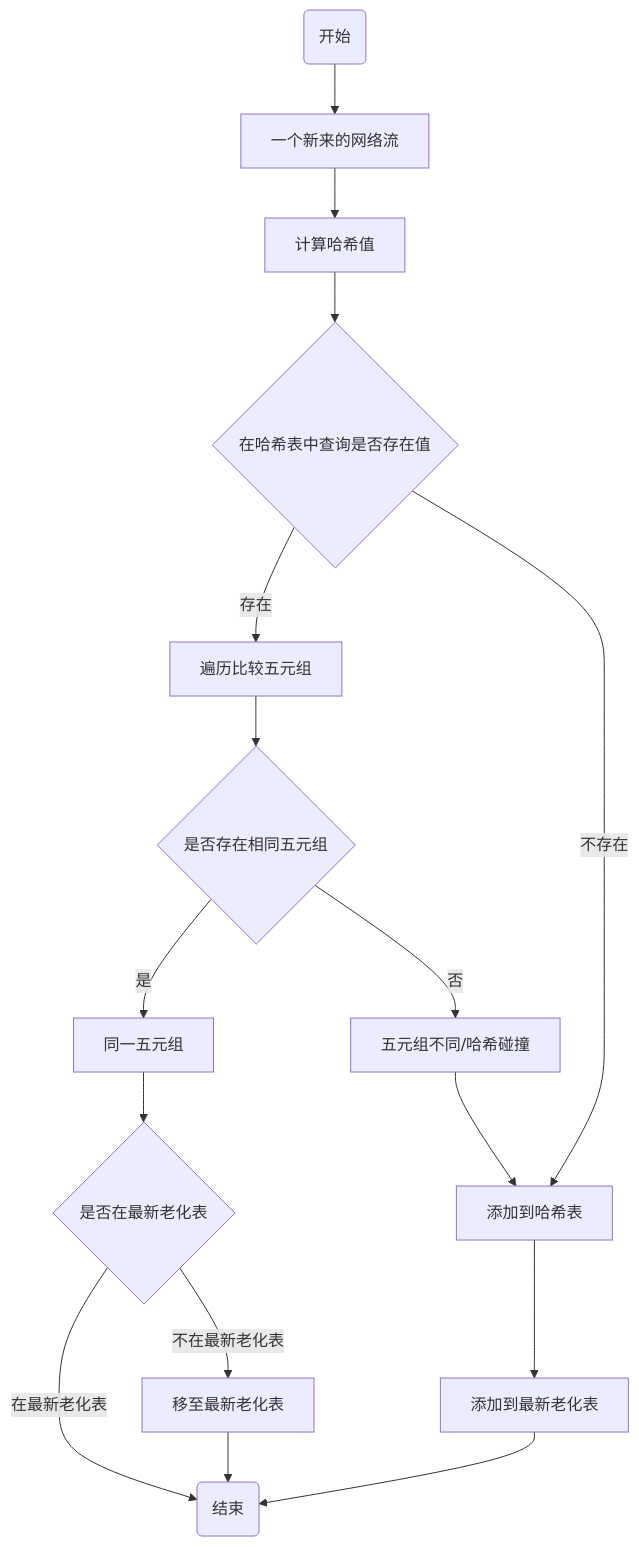
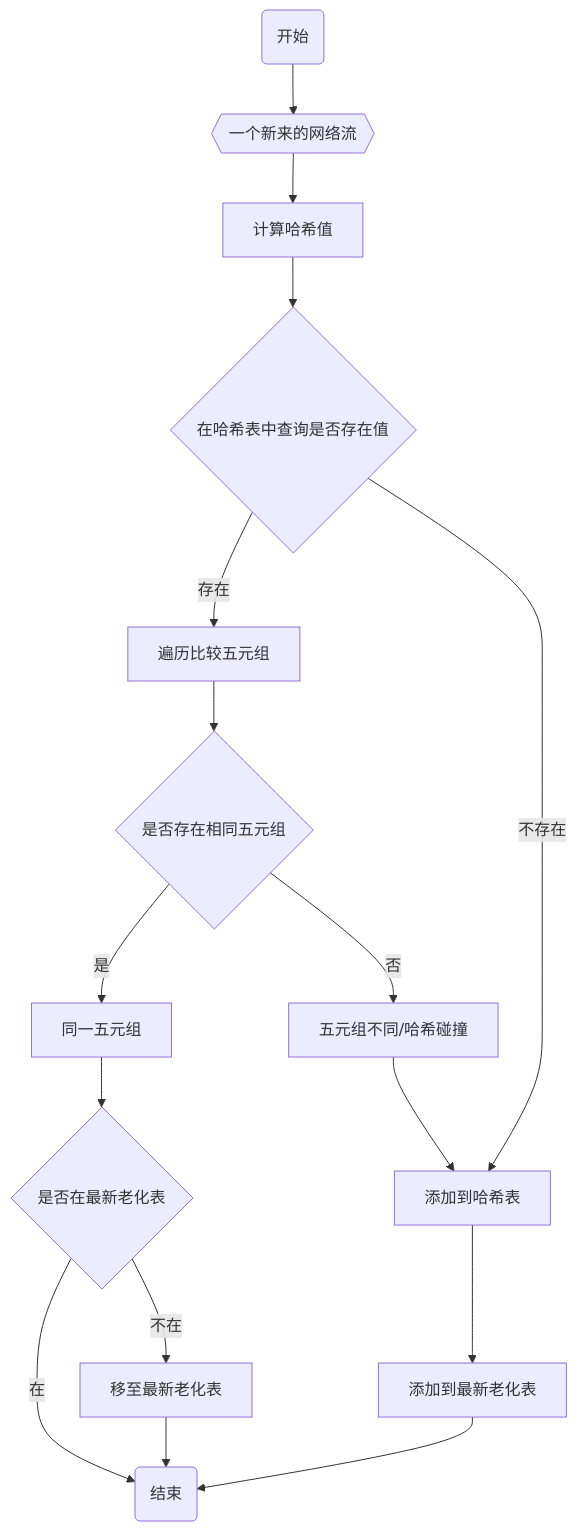
The first of 2 diagrams in README.md (yslinux86/flowtable_ageing), drawn with Mermaid before and after one commit. The commit also changed other lines of this file, not shown here.

````diff
--- a/README.md
+++ b/README.md
@@ -63,23 +67,23 @@
 ```mermaid
 graph TD
 start(开始)
-newflow[一个新来的网络流]
+newflow{{一个新来的网络流}}
 calhash[计算哈希值]
 findhashbucket{在哈希表中查询是否存在值}
 appendhashbucket[添加到哈希表]
 appendageinglist[添加到最新老化表]
 foreachcmp[遍历比较五元组]
 issame{是否存在相同五元组}
 isfresh{是否在最新老化表}
 movetofresh[移至最新老化表]
 sametuple[同一五元组]
 difftuple[五元组不同/哈希碰撞]
 over(结束)
 
 start-->newflow-->calhash-->findhashbucket
 findhashbucket--存在-->foreachcmp-->issame--是-->sametuple-->isfresh
-isfresh--在最新老化表-->over
-isfresh--不在最新老化表-->movetofresh-->over
+isfresh--在-->over
+isfresh--不在-->movetofresh-->over
 findhashbucket--不存在-->appendhashbucket-->appendageinglist-->over
 issame--否-->difftuple-->appendhashbucket
 ```
````
